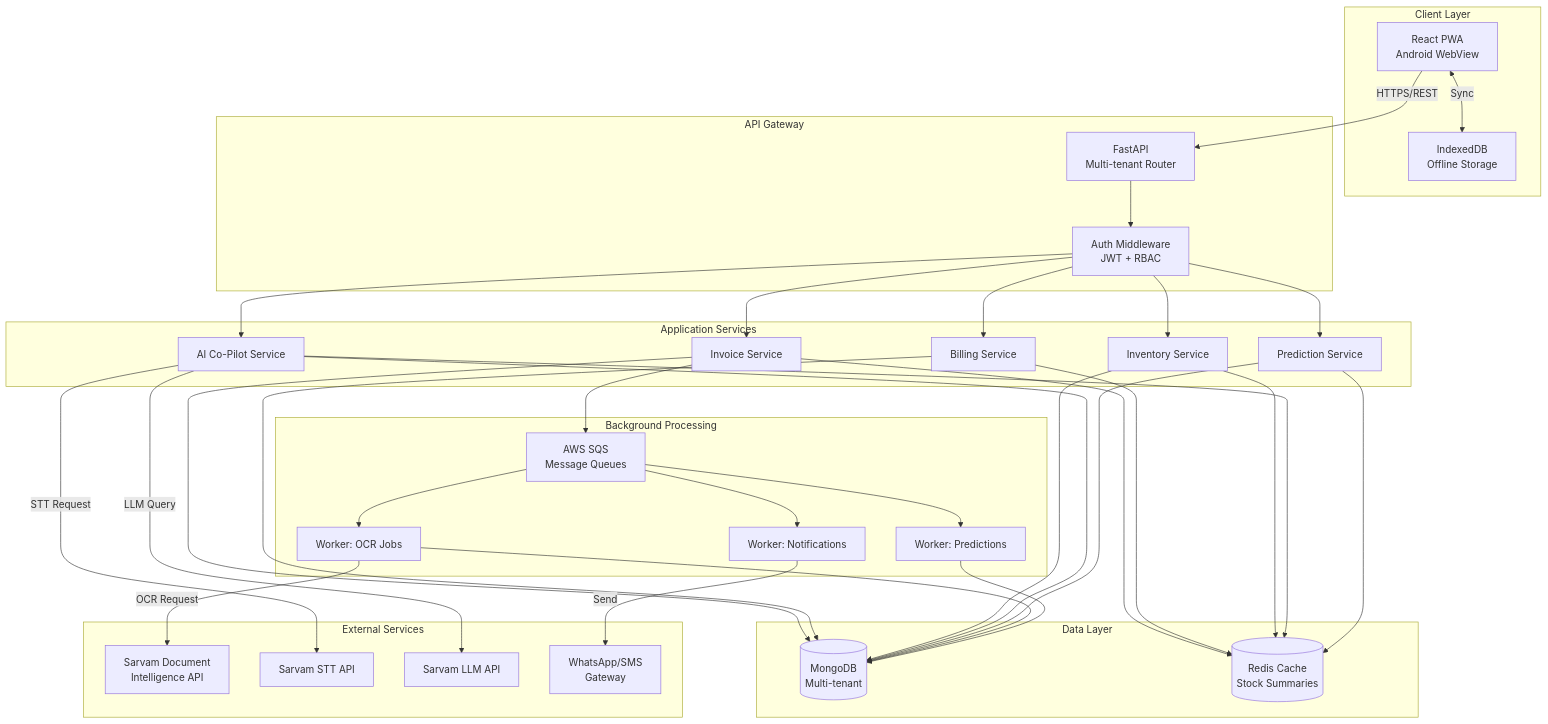
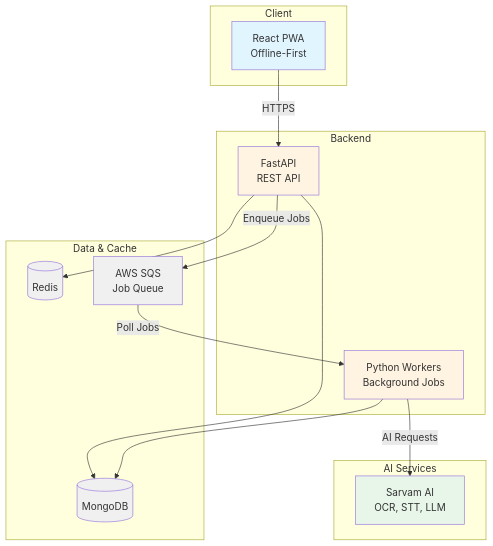
One commit to rishav-dev-verma/ai-msme changed the first of 4 diagrams in design.md. Above: the diagram before and after it, drawn with Mermaid.

Commit message:
- simplified the architecture diagram

````diff
--- a/design.md
+++ b/design.md
@@ -22,54 +22,37 @@
 ```mermaid
 graph TB
-    subgraph "Client Layer"
-        A[React PWA<br/>Android WebView]
-        B[IndexedDB<br/>Offline Storage]
+    subgraph "Client"
+        A[React PWA<br/>Offline-First]
     end
     
-    subgraph "API Gateway"
-        C[FastAPI<br/>Multi-tenant Router]
-        D[Auth Middleware<br/>JWT + RBAC]
+    subgraph "Backend"
+        B[FastAPI<br/>REST API]
+        C[Python Workers<br/>Background Jobs]
     end
     
-    subgraph "Application Services"
-        E[Invoice Service]
-        F[Billing Service]
-        G[Inventory Service]
-        H[AI Co-Pilot Service]
-        I[Prediction Service]
+    subgraph "Data & Cache"
+        D[(MongoDB)]
+        E[(Redis)]
+        F[AWS SQS<br/>Job Queue]
     end
     
-    subgraph "Background Processing"
-        J[AWS SQS<br/>Message Queues]
-        K[Worker: OCR Jobs]
-        L[Worker: Predictions]
-        M[Worker: Notifications]
+    subgraph "AI Services"
+        G[Sarvam AI<br/>OCR, STT, LLM]
     end
     
-    subgraph "Data Layer"
-        N[(MongoDB<br/>Multi-tenant)]
-        O[(Redis Cache<br/>Stock Summaries)]
-    end
+    A -->|HTTPS| B
+    B --> D
+    B --> E
+    B -->|Enqueue Jobs| F
+    F -->|Poll Jobs| C
+    C --> D
+    C -->|AI Requests| G
     
-    subgraph "External Services"
-        P[Sarvam Document<br/>Intelligence API]
-        Q[Sarvam STT API]
-        R[Sarvam LLM API]
-        S[WhatsApp/SMS<br/>Gateway]
-    end
-
-    A -->|HTTPS/REST| C
-    A <-->|Sync| B
-    C --> D
-    D --> E & F & G & H & I
-    E & F & G --> N
-    E & F & G --> O
-    H & I --> N & O
-    E --> J
-    J --> K & L & M
-    K -->|OCR Request| P
-    H -->|STT Request| Q
-    H -->|LLM Query| R
-    M -->|Send| S
-    K & L --> N
+    style A fill:#e1f5ff
+    style B fill:#fff4e1
+    style C fill:#fff4e1
+    style D fill:#f0f0f0
+    style E fill:#f0f0f0
+    style F fill:#f0f0f0
+    style G fill:#e8f5e9
 ```
````
